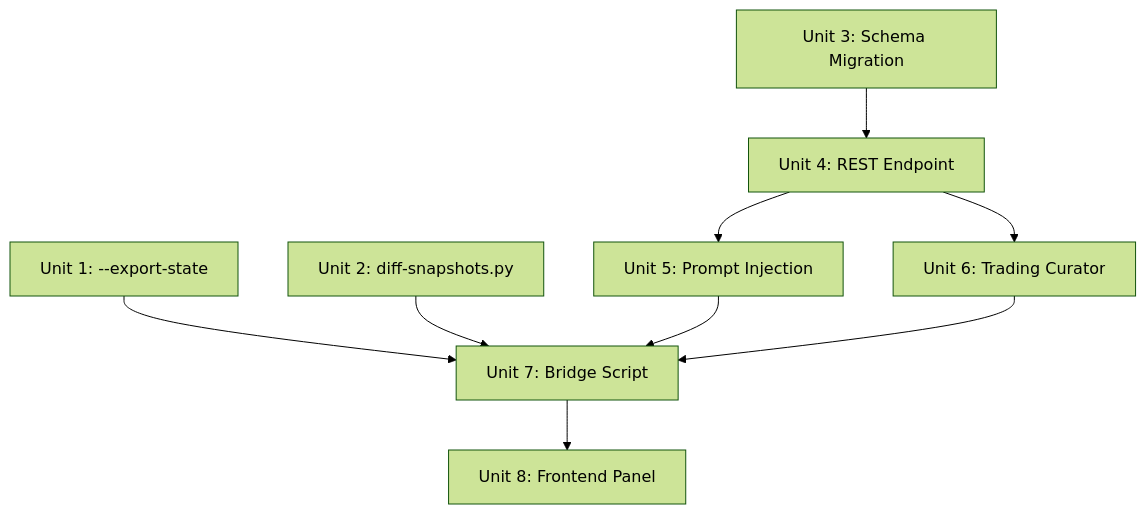
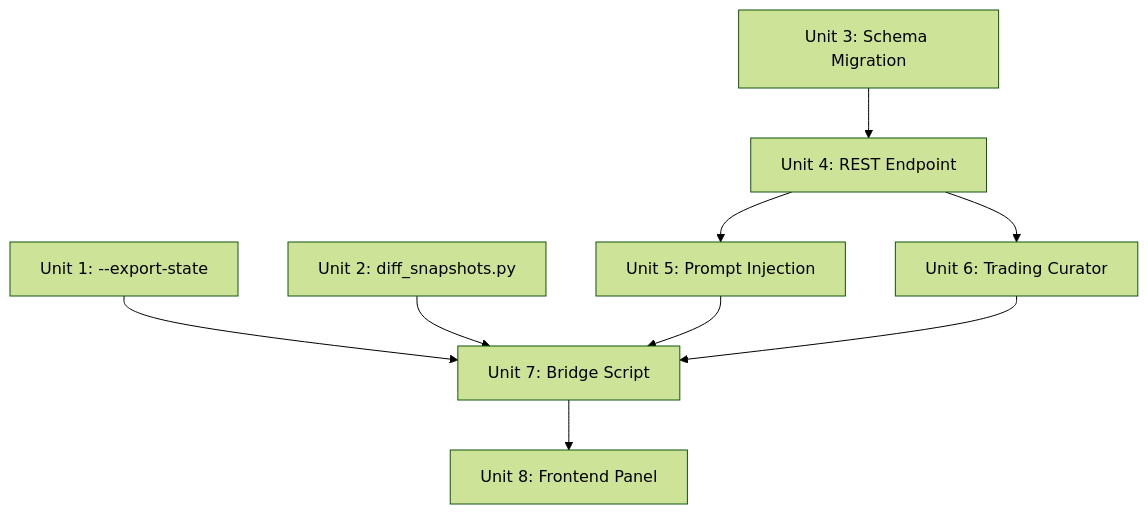
Before and after one commit to Skidudeaa/dialectic: the second of 2 diagrams in docs/plans/2026-03-30-001-feat-dialectic-trading-room-integration-plan.md, drawn with Mermaid (forest theme). The commit also changed other lines of this file and 37 other files, not shown here.

````diff
--- a/docs/plans/2026-03-30-001-feat-dialectic-trading-room-integration-plan.md
+++ b/docs/plans/2026-03-30-001-feat-dialectic-trading-room-integration-plan.md
@@ -136,11 +136,11 @@
 ```mermaid
 graph TB
     U1[Unit 1: --export-state] --> U7[Unit 7: Bridge Script]
-    U2[Unit 2: diff-snapshots.py] --> U7
+    U2[Unit 2: diff_snapshots.py] --> U7
     U3[Unit 3: Schema Migration] --> U4[Unit 4: REST Endpoint]
     U4 --> U5[Unit 5: Prompt Injection]
     U4 --> U6[Unit 6: Trading Curator]
     U5 --> U7
     U6 --> U7
     U7 --> U8[Unit 8: Frontend Panel]
 ```
````
